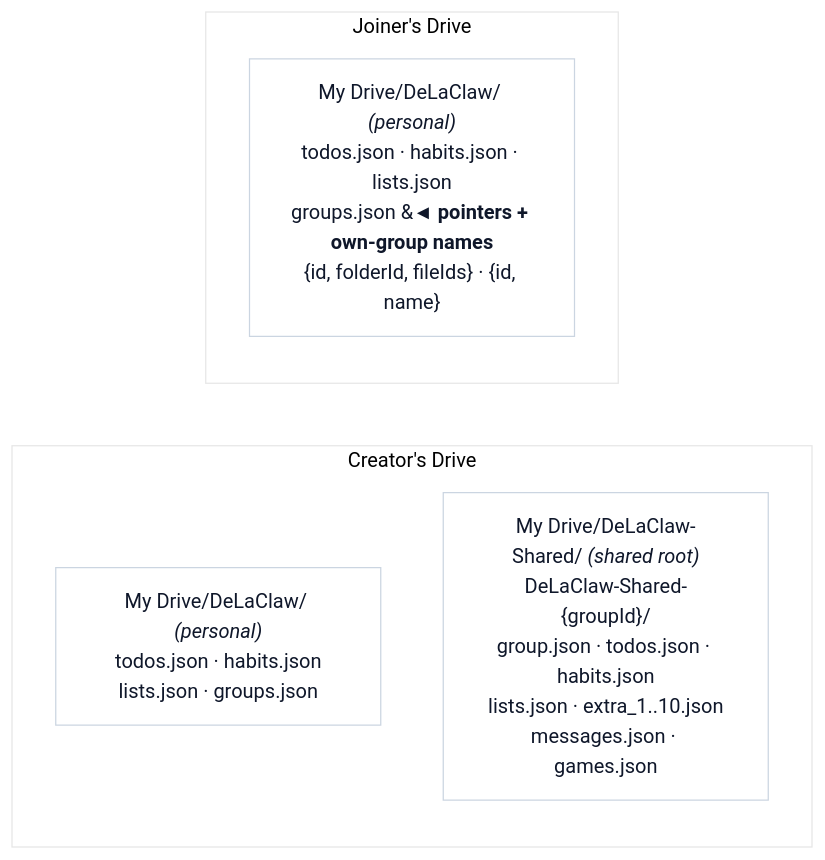
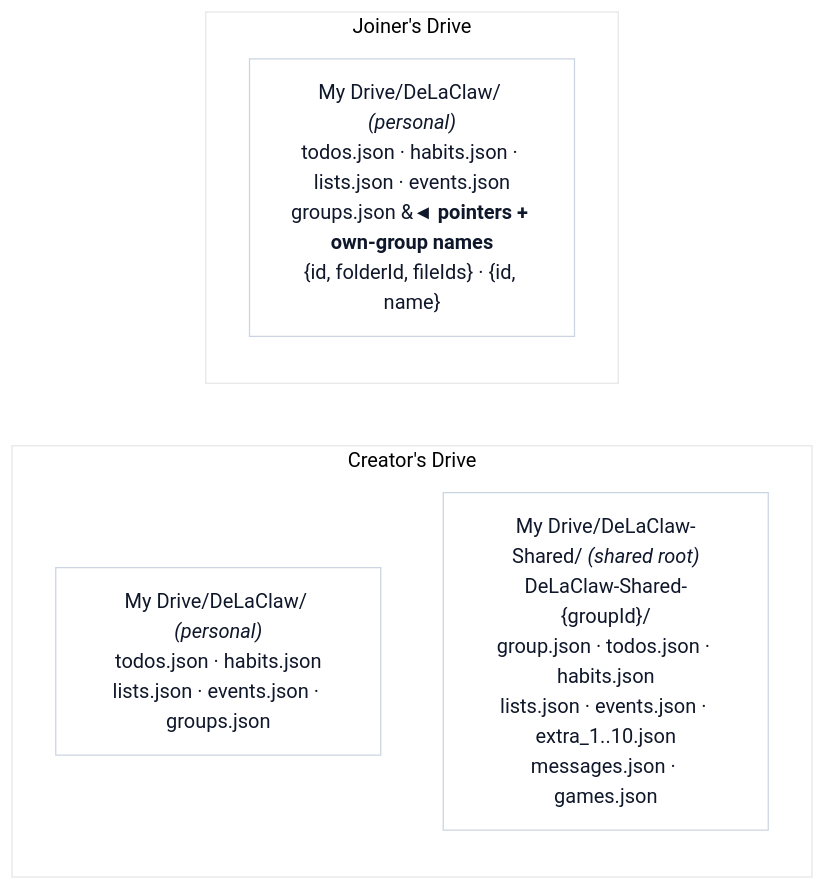
One commit to AntGro/DeLaClaw changed the third of 14 diagrams in docs-site/sharing.md. Above: the diagram before and after it, drawn with Mermaid. The commit also changed other lines of this file and 76 other files, not shown here.

````diff
--- a/docs-site/sharing.md
+++ b/docs-site/sharing.md
@@ -72,13 +72,13 @@
 ```mermaid
 %%{init: {'theme': 'base', 'themeVariables': {'background': '#fbfaf8', 'primaryColor': '#ffffff', 'primaryBorderColor': '#cbd5e1', 'primaryTextColor': '#0f172a', 'lineColor': '#334155'}}}%%
 flowchart LR
     subgraph CD["Creator's Drive"]
         direction TB
-        CDP["My Drive/DeLaClaw/ <i>(personal)</i><br/>todos.json · habits.json<br/>lists.json · groups.json"]
-        CDS["My Drive/DeLaClaw-Shared/ <i>(shared root)</i><br/>DeLaClaw-Shared-{groupId}/<br/>group.json · todos.json · habits.json<br/>lists.json · extra_1..10.json<br/>messages.json · games.json"]
+        CDP["My Drive/DeLaClaw/ <i>(personal)</i><br/>todos.json · habits.json<br/>lists.json · events.json · groups.json"]
+        CDS["My Drive/DeLaClaw-Shared/ <i>(shared root)</i><br/>DeLaClaw-Shared-{groupId}/<br/>group.json · todos.json · habits.json<br/>lists.json · events.json · extra_1..10.json<br/>messages.json · games.json"]
     end
     subgraph JD["Joiner's Drive"]
         direction TB
-        JDP["My Drive/DeLaClaw/ <i>(personal)</i><br/>todos.json · habits.json · lists.json<br/>groups.json &#9668; <b>pointers + own-group names</b><br/>{id, folderId, fileIds} · {id, name}"]
+        JDP["My Drive/DeLaClaw/ <i>(personal)</i><br/>todos.json · habits.json · lists.json · events.json<br/>groups.json &#9668; <b>pointers + own-group names</b><br/>{id, folderId, fileIds} · {id, name}"]
     end
 ```
````
